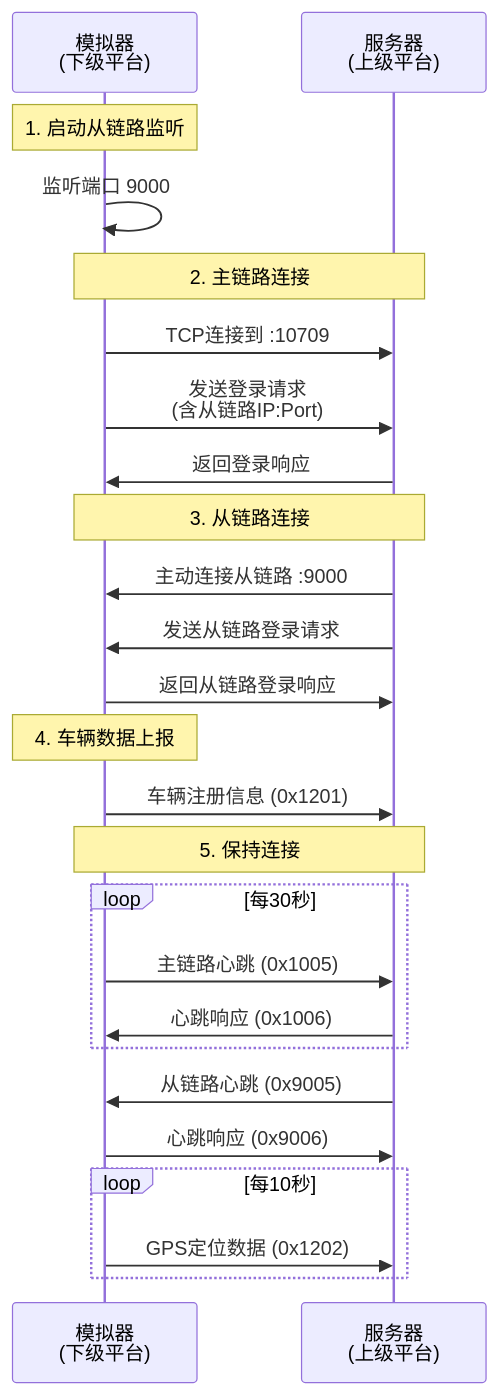
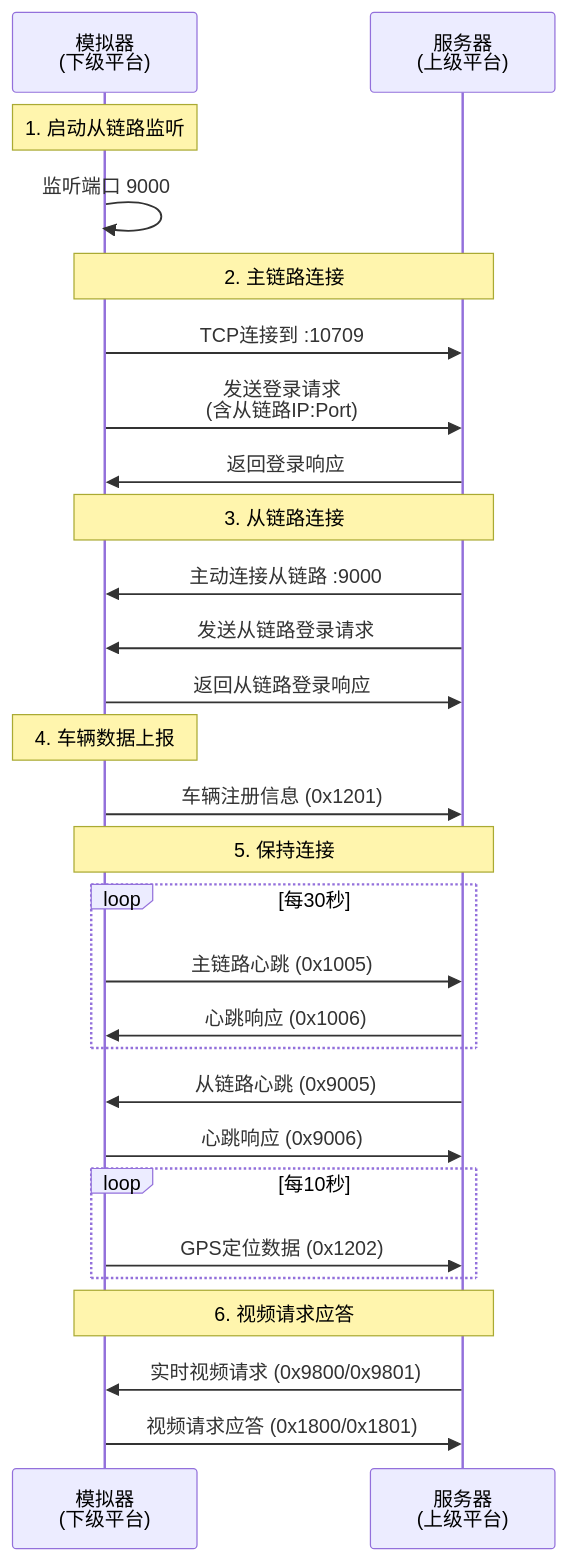
Before and after one commit to liiker/jtt809: the diagram in cmd/simulator/README.md, drawn with Mermaid. The commit also changed other lines of this file and 10 other files, not shown here.

````diff
--- a/cmd/simulator/README.md
+++ b/cmd/simulator/README.md
@@ -72,34 +75,38 @@
 ```mermaid
 sequenceDiagram
     participant Simulator as 模拟器<br/>(下级平台)
     participant Server as 服务器<br/>(上级平台)
     
     Note over Simulator: 1. 启动从链路监听
     Simulator->>Simulator: 监听端口 9000
     
     Note over Simulator,Server: 2. 主链路连接
     Simulator->>Server: TCP连接到 :10709
     Simulator->>Server: 发送登录请求<br/>(含从链路IP:Port)
     Server->>Simulator: 返回登录响应
     
     Note over Simulator,Server: 3. 从链路连接
     Server->>Simulator: 主动连接从链路 :9000
     Server->>Simulator: 发送从链路登录请求
     Simulator->>Server: 返回从链路登录响应
     
     Note over Simulator: 4. 车辆数据上报
     Simulator->>Server: 车辆注册信息 (0x1201)
     
     Note over Simulator,Server: 5. 保持连接
     loop 每30秒
         Simulator->>Server: 主链路心跳 (0x1005)
         Server->>Simulator: 心跳响应 (0x1006)
     end
     
     Server->>Simulator: 从链路心跳 (0x9005)
     Simulator->>Server: 心跳响应 (0x9006)
     
     loop 每10秒
         Simulator->>Server: GPS定位数据 (0x1202)
     end
+
+    Note over Simulator,Server: 6. 视频请求应答
+    Server->>Simulator: 实时视频请求 (0x9800/0x9801)
+    Simulator->>Server: 视频请求应答 (0x1800/0x1801)
 ```
````
